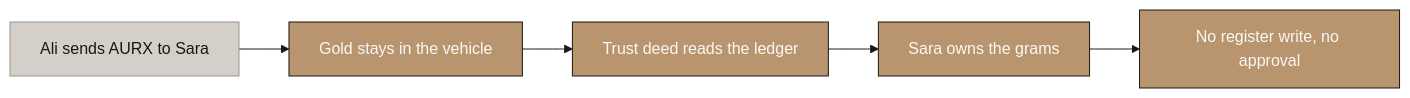
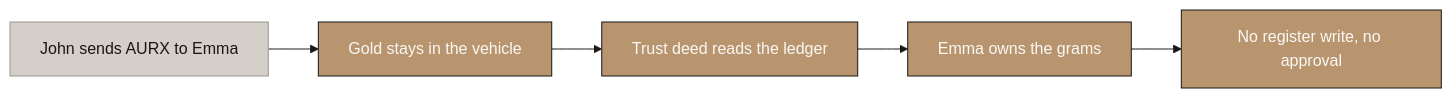
The sixth of 45 diagrams in deliverables/2-mechanism-design/final/Aurumix_Process_Maps.md (Abdsys/Aurumix), drawn with Mermaid before and after one commit. The commit also changed other lines of this file and 6 other files, not shown here.

First line of the commit message:
Review pass on the MD document, sections 2 to 14: plain language, new diagrams, card and credit open to all

````diff
--- a/deliverables/2-mechanism-design/final/Aurumix_Process_Maps.md
+++ b/deliverables/2-mechanism-design/final/Aurumix_Process_Maps.md
@@ -183,25 +183,25 @@
 ```mermaid
 %%{init: {'theme': 'base', 'themeVariables': {
     'primaryColor': '#B8956E',
     'primaryTextColor': '#1A1714',
     'primaryBorderColor': '#1A1714',
     'lineColor': '#1A1714',
     'secondaryColor': '#FAF8F5',
     'tertiaryColor': '#D4CFC8',
     'fontFamily': 'Libre Franklin, sans-serif',
     'edgeLabelBackground': '#D4CFC8',
     'clusterBkg': '#FAF8F5',
     'clusterBorder': '#B8956E'
 }}}%%
 graph LR
-    A["Ali sends AURX to Sara"] --> B["Gold stays in the vehicle"]
+    A["John sends AURX to Emma"] --> B["Gold stays in the vehicle"]
     B --> C["Trust deed reads the ledger"]
-    C --> D["Sara owns the grams"]
+    C --> D["Emma owns the grams"]
     D --> E["No register write, no approval"]
 
     style A fill:#D4CFC8,stroke:#9A9590,color:#1A1714
     style B fill:#B8956E,stroke:#1A1714,color:#FAF8F5
     style C fill:#B8956E,stroke:#1A1714,color:#FAF8F5
     style D fill:#B8956E,stroke:#1A1714,color:#FAF8F5
     style E fill:#B8956E,stroke:#1A1714,color:#FAF8F5
 ```
````
